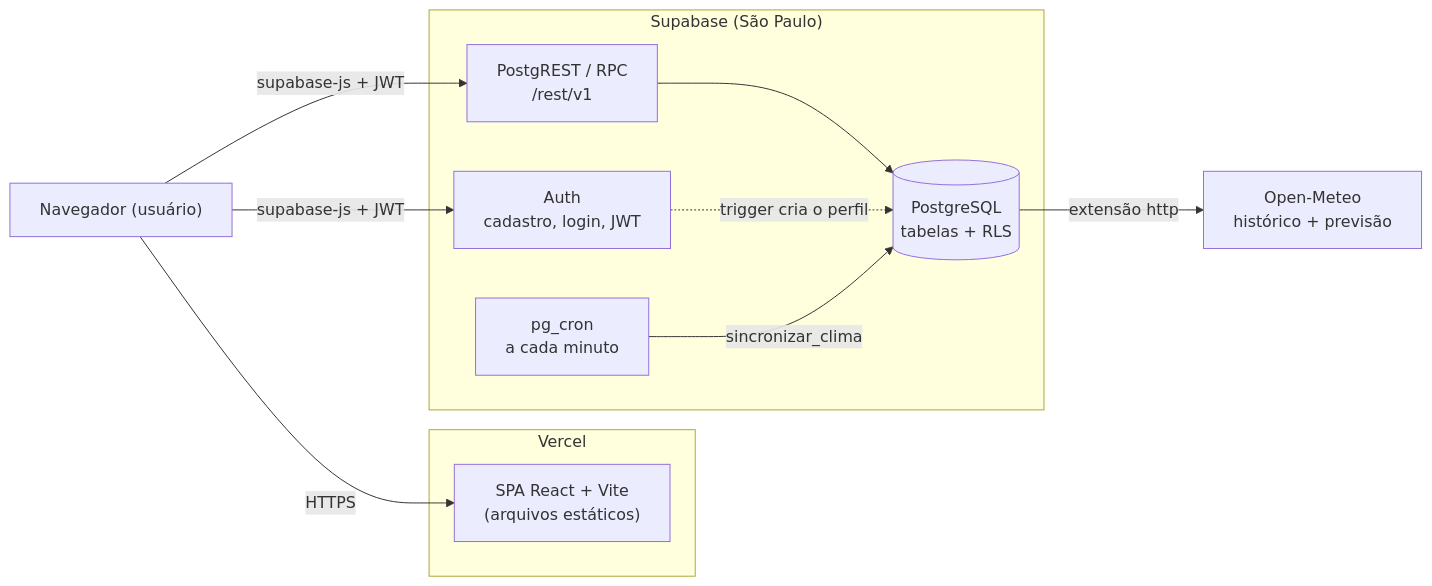
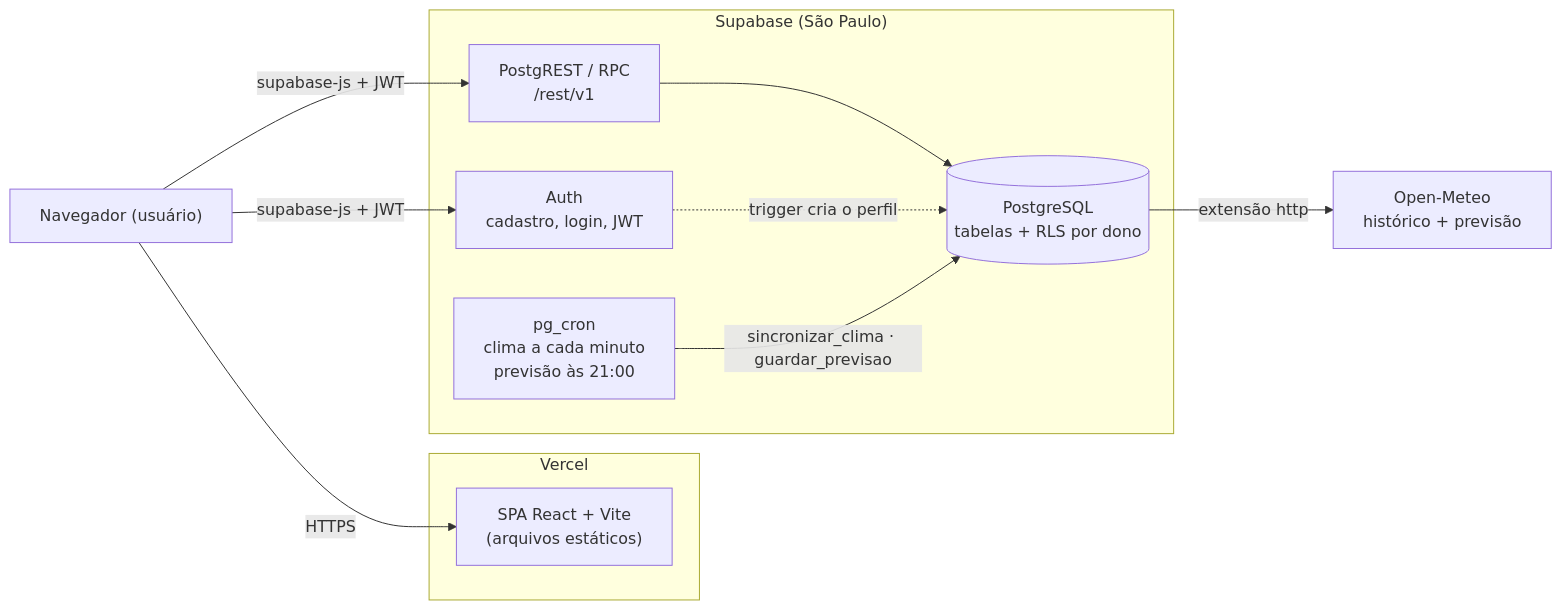
One commit to danieltanjos/SolarVision changed the diagram in readme.md. Above: the diagram before and after it, drawn with Mermaid. The commit also changed other lines of this file and 7 other files, not shown here.

First line of the commit message:
docs: dono por grupo, leituras reais por CSV e análises (R$/CO₂, chuva, média de 5 anos, acerto da previsão, ranking)

````diff
--- a/readme.md
+++ b/readme.md
@@ -21,25 +22,25 @@
 ```mermaid
 flowchart LR
     browser["Navegador (usuário)"]
 
     subgraph vercel["Vercel"]
         spa["SPA React + Vite<br/>(arquivos estáticos)"]
     end
 
     subgraph supa["Supabase (São Paulo)"]
         auth["Auth<br/>cadastro, login, JWT"]
         rest["PostgREST / RPC<br/>/rest/v1"]
-        db[("PostgreSQL<br/>tabelas + RLS")]
-        cron["pg_cron<br/>a cada minuto"]
+        db[("PostgreSQL<br/>tabelas + RLS por dono")]
+        cron["pg_cron<br/>clima a cada minuto<br/>previsão às 21:00"]
     end
 
     meteo["Open-Meteo<br/>histórico + previsão"]
 
     browser -->|HTTPS| spa
     browser -->|supabase-js + JWT| auth
     browser -->|supabase-js + JWT| rest
     rest --> db
     auth -.->|trigger cria o perfil| db
-    cron -->|sincronizar_clima| db
+    cron -->|sincronizar_clima · guardar_previsao| db
     db -->|extensão http| meteo
 ```
````
